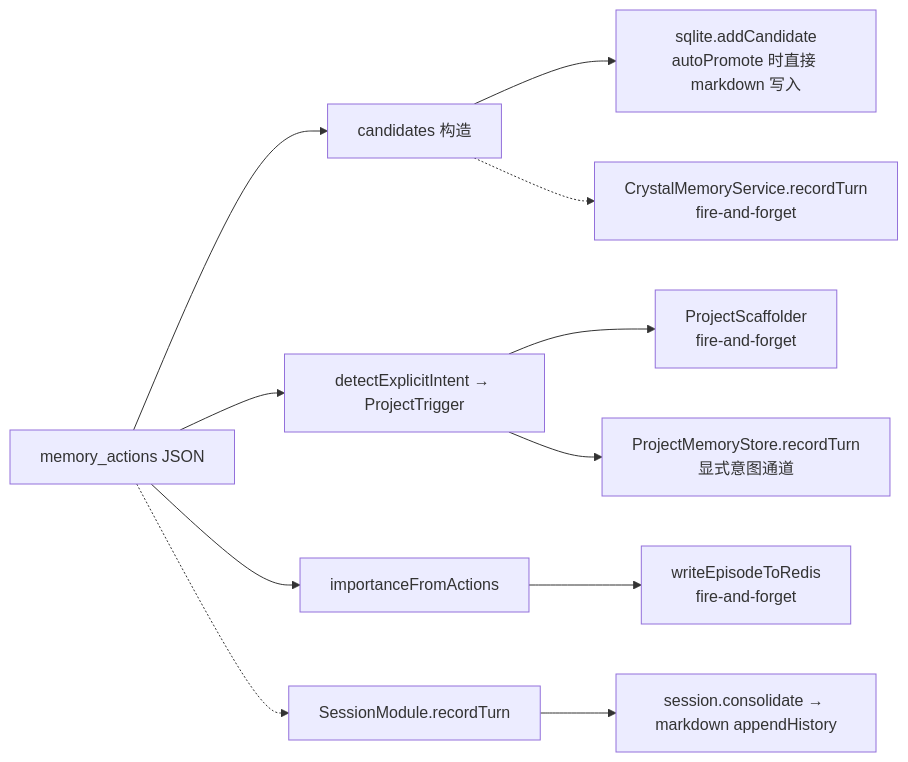
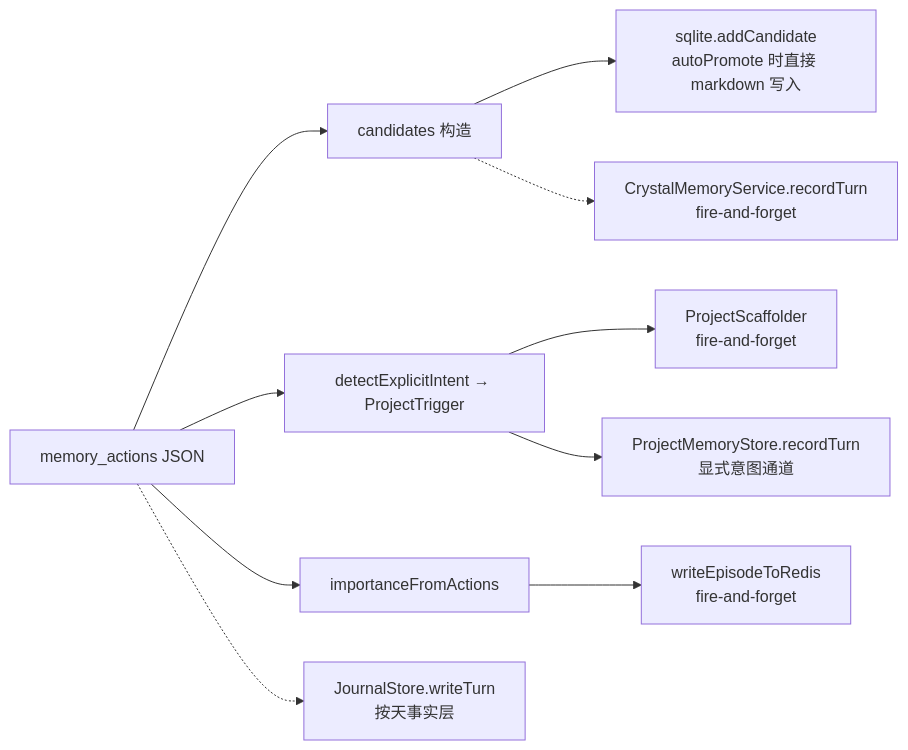
One commit to flyflor/flyflor changed the fifth of 5 diagrams in docs/runtime.turn.md. Above: the diagram before and after it, drawn with Mermaid. The commit also changed other lines of this file and 83 other files, not shown here.

````diff
--- a/docs/runtime.turn.md
+++ b/docs/runtime.turn.md
@@ -179,13 +179,12 @@
 ```mermaid
 flowchart LR
     Action[memory_actions JSON] --> Cand[candidates 构造]
     Action --> Trig[detectExplicitIntent → ProjectTrigger]
     Action --> Imp[importanceFromActions]
     Imp --> RedisEp[writeEpisodeToRedis<br/>fire-and-forget]
     Trig --> ScaffoldP[ProjectScaffolder<br/>fire-and-forget]
     Cand --> SqliteCand[sqlite.addCandidate<br/>autoPromote 时直接 markdown 写入]
     Trig --> ProjectMem[ProjectMemoryStore.recordTurn<br/>显式意图通道]
-    Action -.-> SessionRec[SessionModule.recordTurn]
-    SessionRec --> Hist[session.consolidate → markdown appendHistory]
+    Action -.-> JournalRec[JournalStore.writeTurn<br/>按天事实层]
     Cand -.-> CrystalAsync[CrystalMemoryService.recordTurn<br/>fire-and-forget]
 ```
````
